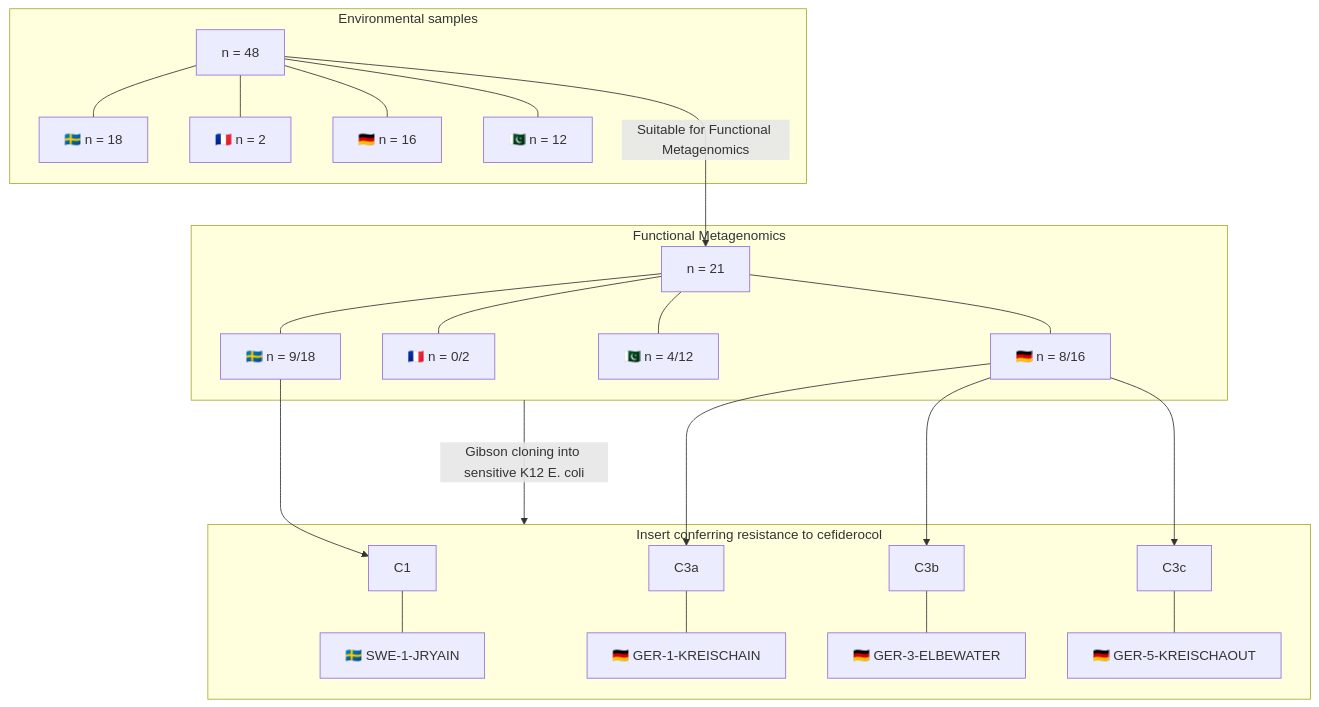
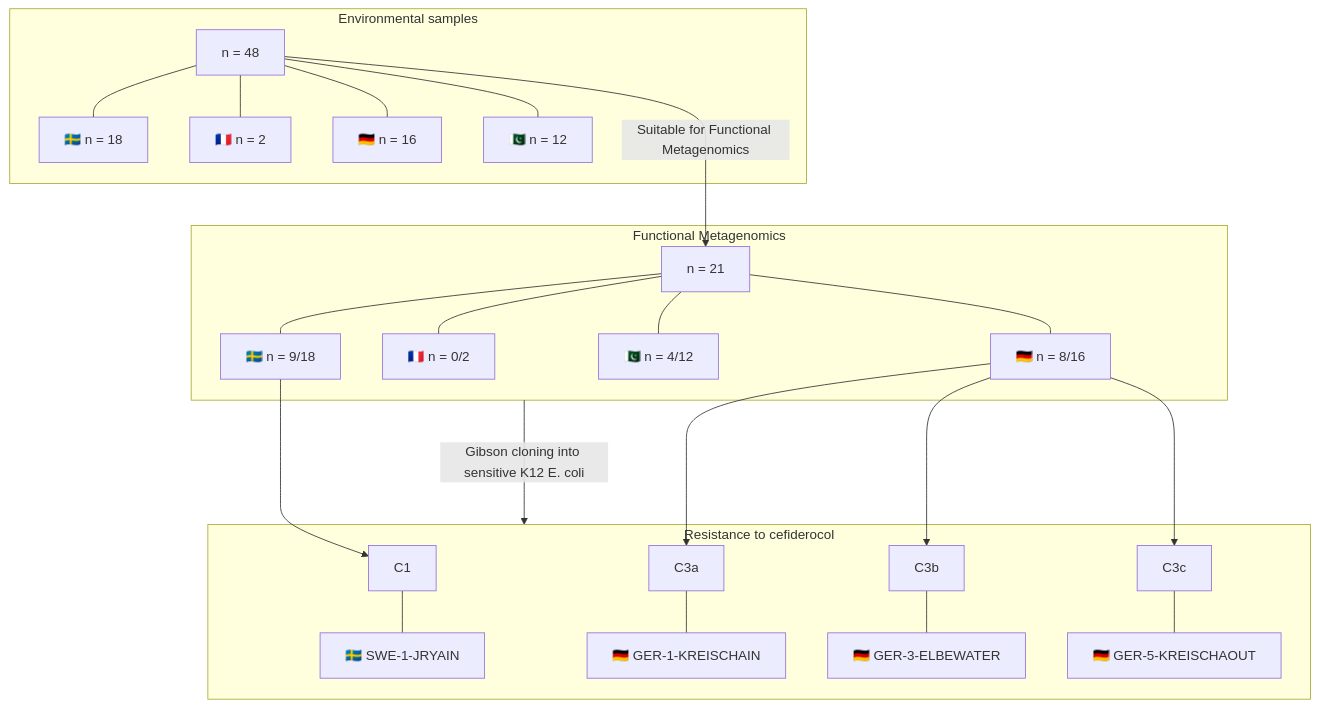
The diagram in README.md (RemiGSC/Mgf_FDC), drawn with Mermaid before and after one commit.

Commit message:
Edited README.md 'Experimental study design' graph

````diff
--- a/README.md
+++ b/README.md
@@ -7,32 +7,32 @@
 ```mermaid
 flowchart TD
 	subgraph ev [Environmental samples]
 		A[n = 48] --- A1[🇸🇪 n = 18]
 		A --- A2[🇫🇷 n = 2]
 		A --- A3[🇩🇪 n = 16]
 		A --- A4[🇵🇰 n = 12]
 	end
 
 	subgraph fmg [Functional Metagenomics]
 		B[n = 21] --- B1[🇸🇪 n = 9/18]
 		B --- B2[🇫🇷 n = 0/2]
 		B --- B3[🇩🇪 n = 8/16]
 		B --- B4[🇵🇰 n = 4/12]
 	end
 
-	subgraph Rcef [Insert conferring resistance to cefiderocol]
+	subgraph Rcef [Resistance to cefiderocol]
 		C1 --- CC1[🇸🇪 SWE-1-JRYAIN]
 		C3a --- CC3a[🇩🇪 GER-1-KREISCHAIN]
 		C3b --- CC3b[🇩🇪 GER-3-ELBEWATER]
 		C3c --- CC3c[🇩🇪 GER-5-KREISCHAOUT]
 	end
 
 A --->|Suitable for Functional Metagenomics| B
 
 fmg -->|Gibson cloning into sensitive K12 E. coli| Rcef
 
 B1 ---> C1
 B3 ---> C3a
 B3 ---> C3b
 B3 ---> C3c
 ```
````
